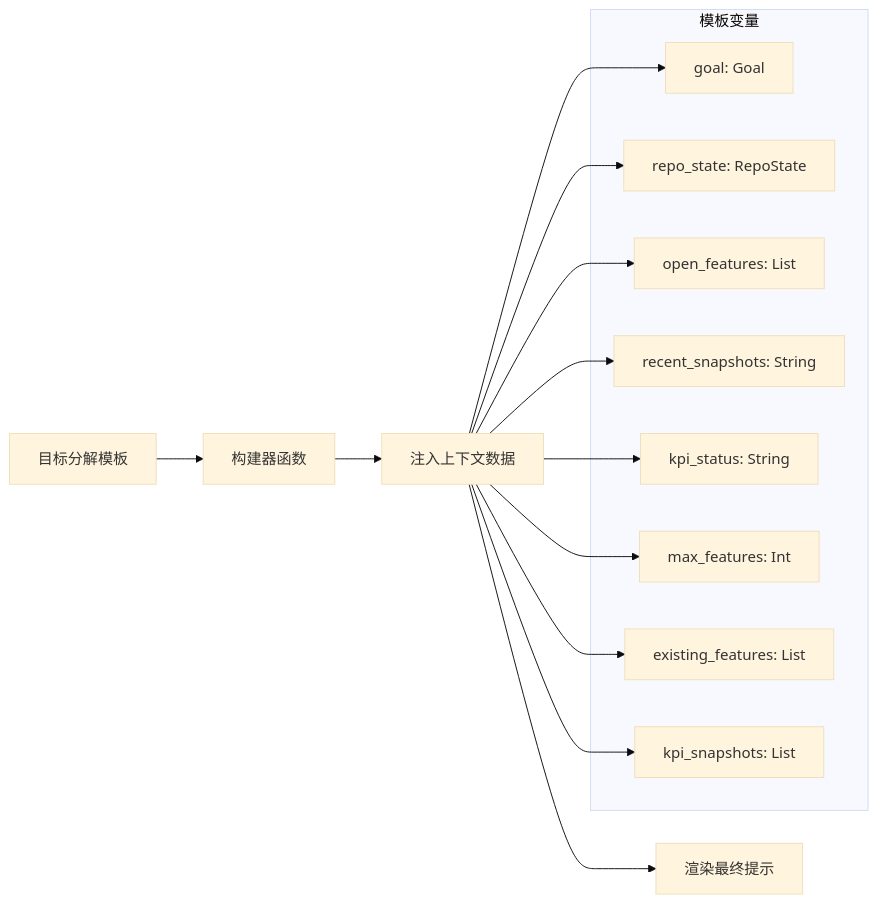
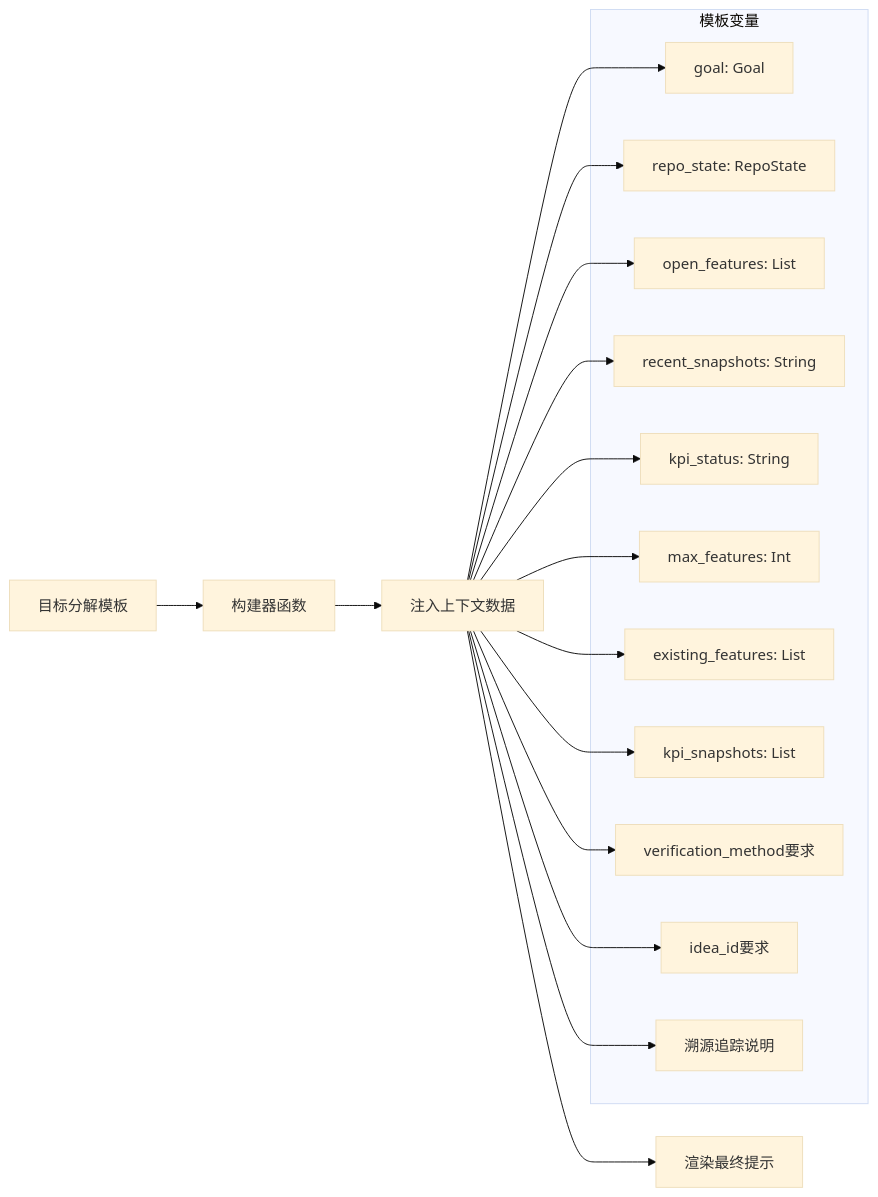
One commit to pinsonchen/vivify changed the sixth of 13 diagrams in .qoder/repowiki/zh/content/技术实现参考/自动目标分解功能.md. Above: the diagram before and after it, drawn with Mermaid (base theme). The commit also changed other lines of this file and 16 other files, not shown here.

````diff
--- a/.qoder/repowiki/zh/content/技术实现参考/自动目标分解功能.md
+++ b/.qoder/repowiki/zh/content/技术实现参考/自动目标分解功能.md
@@ -262,24 +322,30 @@
 ```mermaid
 graph LR
 A[目标分解模板] --> B[构建器函数]
 B --> C[注入上下文数据]
 C --> D[渲染最终提示]
 subgraph "模板变量"
 E[goal: Goal]
 F[repo_state: RepoState]
 G[open_features: List]
 H[recent_snapshots: String]
 I[kpi_status: String]
 J[max_features: Int]
 K[existing_features: List]
 L[kpi_snapshots: List]
+M[verification_method要求]
+N[idea_id要求]
+O[溯源追踪说明]
 end
 C --> E
 C --> F
 C --> G
 C --> H
 C --> I
 C --> J
 C --> K
 C --> L
+C --> M
+C --> N
+C --> O
 ```
````
